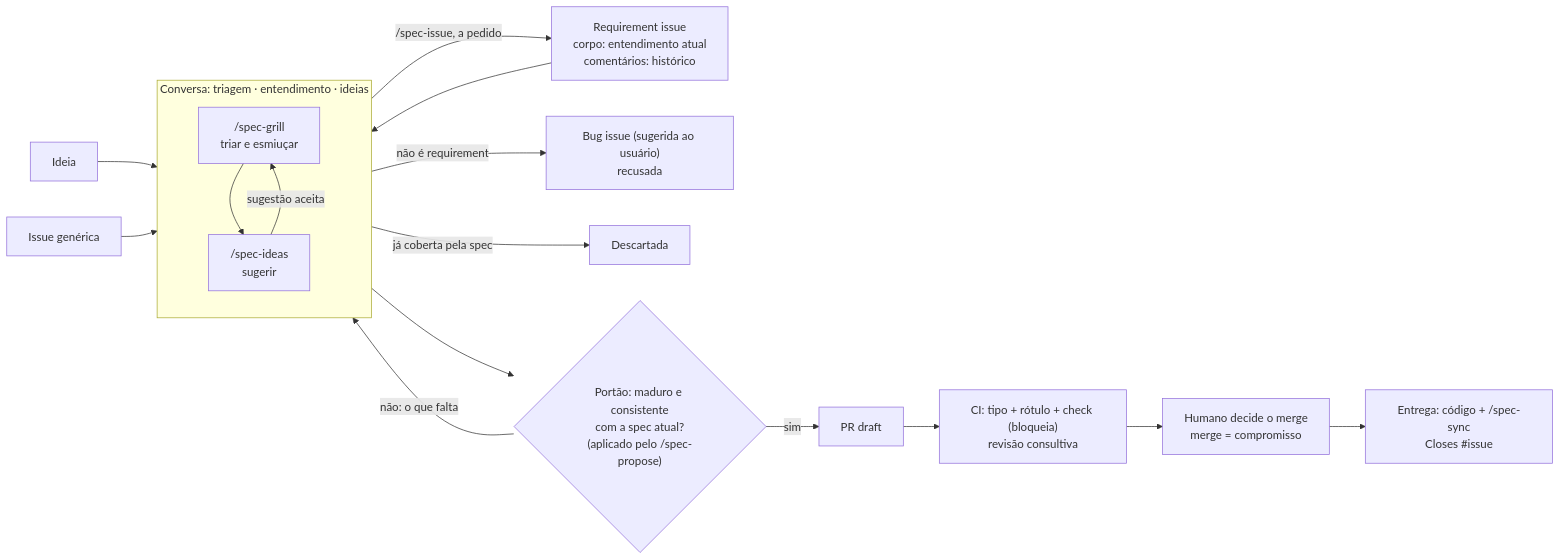
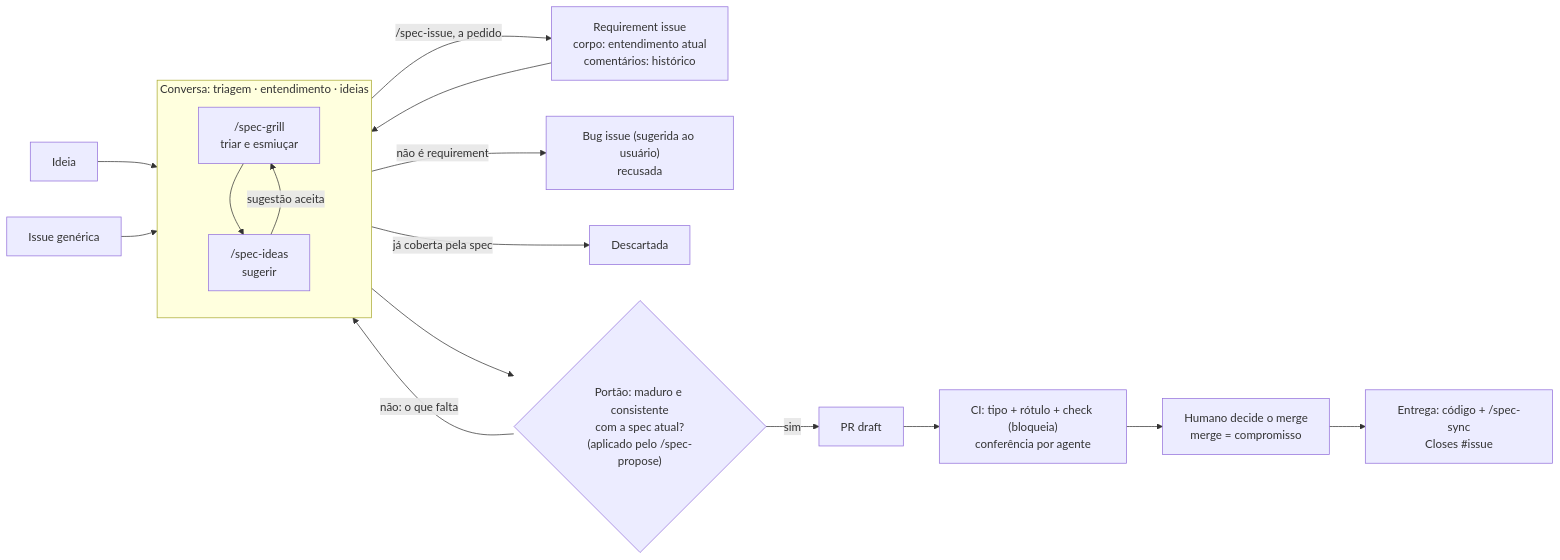
Before and after one commit to useful-toys/Tabularium: the third of 4 diagrams in tabularium-docs/spec-flow.md, drawn with Mermaid. The commit also changed other lines of this file and 23 other files, not shown here.

````diff
--- a/tabularium-docs/spec-flow.md
+++ b/tabularium-docs/spec-flow.md
@@ -212,17 +212,17 @@
 ```mermaid
 flowchart LR
   ID["Ideia"] --> C
   IS["Issue genérica"] --> C
   RI["Requirement issue<br/>corpo: entendimento atual<br/>comentários: histórico"] --> C
   subgraph C["Conversa: triagem · entendimento · ideias"]
     G1["/spec-grill<br/>triar e esmiuçar"] --> D["/spec-ideas<br/>sugerir"]
     D -- sugestão aceita --> G1
   end
   C -- "/spec-issue, a pedido" --> RI
   C -- "não é requirement" --> B["Bug issue (sugerida ao usuário)<br/>recusada"]
   C -- "já coberta pela spec" --> X["Descartada"]
   C --> G{"Portão: maduro e consistente<br/>com a spec atual?<br/>(aplicado pelo /spec-propose)"}
   G -- "não: o que falta" --> C
   G -- sim --> P["PR draft"]
-  P --> R["CI: tipo + rótulo + check (bloqueia)<br/>revisão consultiva"] --> A["Humano decide o merge<br/>merge = compromisso"] --> E["Entrega: código + /spec-sync<br/>Closes #issue"]
+  P --> R["CI: tipo + rótulo + check (bloqueia)<br/>conferência por agente"] --> A["Humano decide o merge<br/>merge = compromisso"] --> E["Entrega: código + /spec-sync<br/>Closes #issue"]
 ```
````
